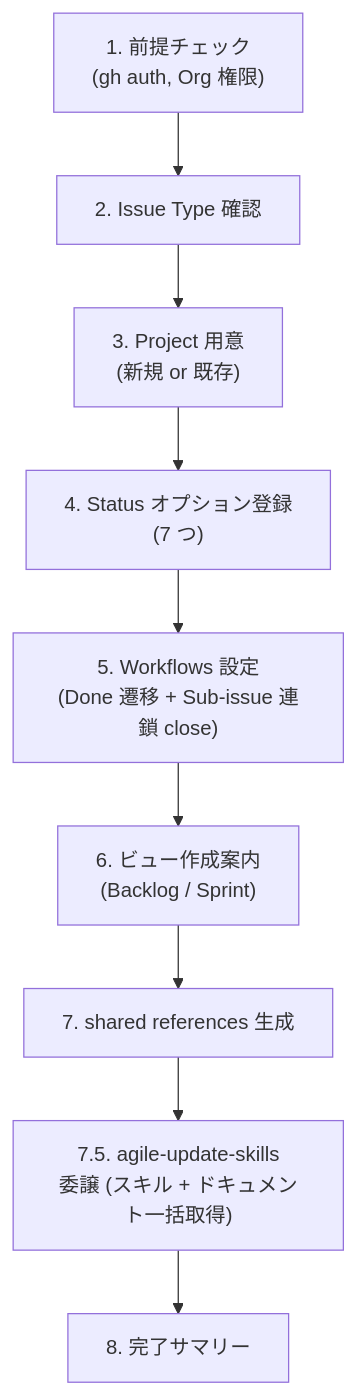
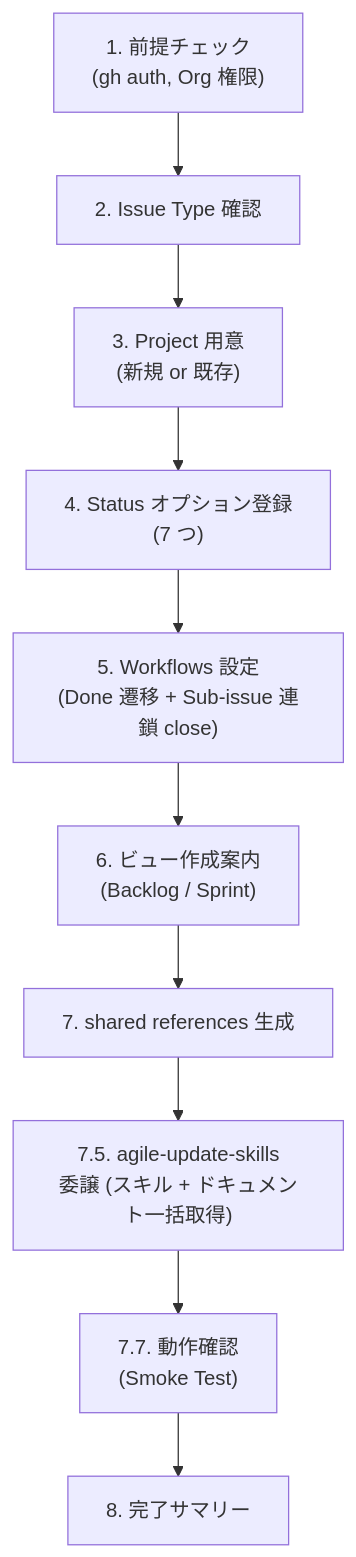
Before and after one commit to mrtry-lab/skills: the diagram in skills/agile-setup-project/SKILL.md, drawn with Mermaid. The commit also changed other lines of this file, not shown here.

First line of the commit message:
feat(agile-setup-project): add Step 7.7 smoke test for end-to-end verification

````diff
--- a/skills/agile-setup-project/SKILL.md
+++ b/skills/agile-setup-project/SKILL.md
@@ -34,14 +34,15 @@
 ```mermaid
 flowchart TB
   pre["1. 前提チェック\n(gh auth, Org 権限)"]
   it["2. Issue Type 確認"]
   proj["3. Project 用意\n(新規 or 既存)"]
   status["4. Status オプション登録\n(7 つ)"]
   done["5. Workflows 設定\n(Done 遷移 + Sub-issue 連鎖 close)"]
   views["6. ビュー作成案内\n(Backlog / Sprint)"]
   refs["7. shared references 生成"]
   docs["7.5. agile-update-skills\n委譲 (スキル + ドキュメント一括取得)"]
+  smoke["7.7. 動作確認\n(Smoke Test)"]
   summary["8. 完了サマリー"]
 
-  pre --> it --> proj --> status --> done --> views --> refs --> docs --> summary
+  pre --> it --> proj --> status --> done --> views --> refs --> docs --> smoke --> summary
 ```
````
